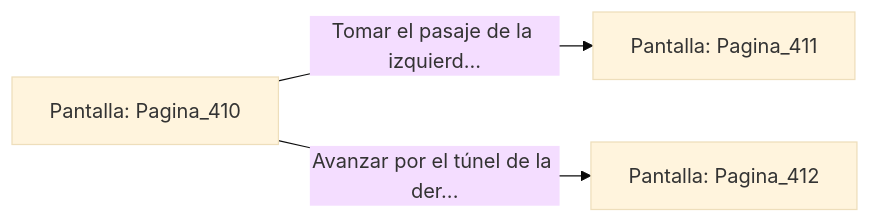
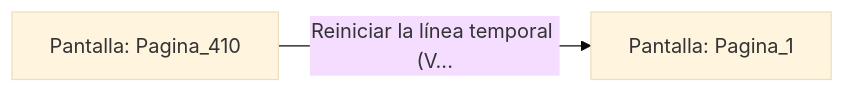
The diagram in sample/eligejuego-vault/Pantalla_Pagina_410.md (metsuke/mpl), drawn with Mermaid (base theme) before and after one commit. The commit also changed other lines of this file and 635 other files, not shown here.

First line of the commit message:
fix: añadir Pagina_1 como pantalla inicial en capitulo_01.mpl

````diff
--- a/sample/eligejuego-vault/Pantalla_Pagina_410.md
+++ b/sample/eligejuego-vault/Pantalla_Pagina_410.md
@@ -20,6 +17,5 @@
 ```mermaid
 graph LR
     P_Pagina_410["Pantalla: Pagina_410"]
-    P_Pagina_410 -->|"Tomar el pasaje de la izquierd..."| P_Pagina_411["Pantalla: Pagina_411"]
-    P_Pagina_410 -->|"Avanzar por el túnel de la der..."| P_Pagina_412["Pantalla: Pagina_412"]
+    P_Pagina_410 -->|"Reiniciar la línea temporal (V..."| P_Pagina_1["Pantalla: Pagina_1"]
 ```
````
